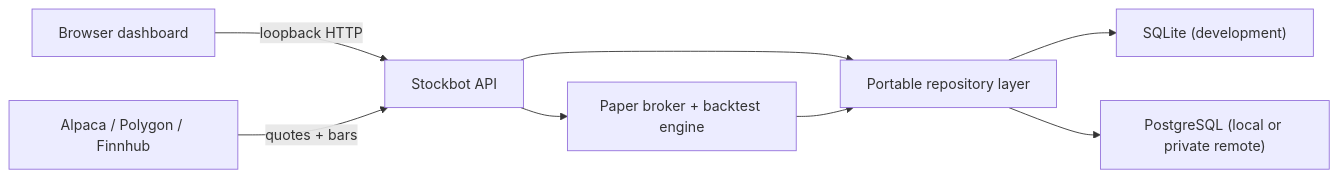
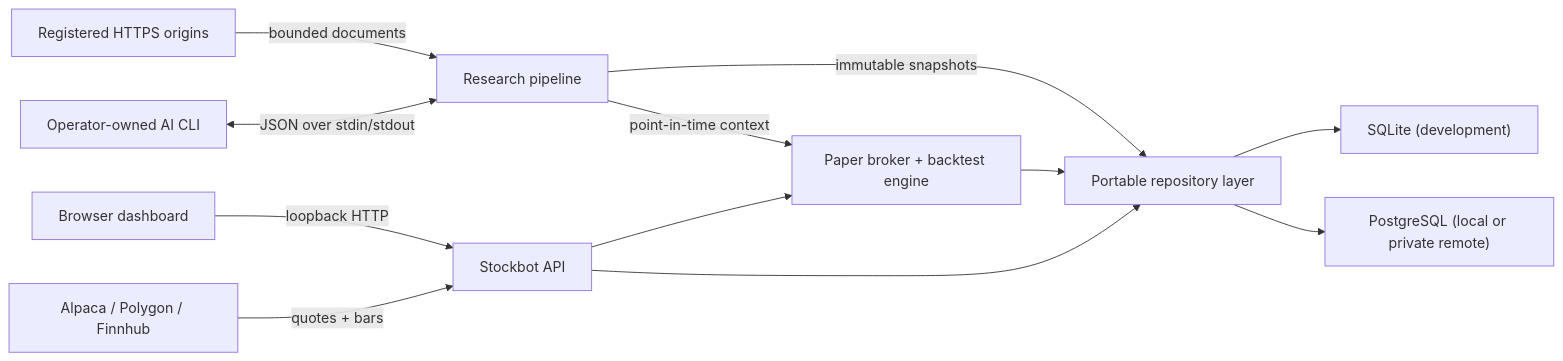
Before and after one commit to Dankcode/Stockbot: the diagram in README.md, drawn with Mermaid. The commit also changed other lines of this file and 56 other files, not shown here.

````diff
--- a/README.md
+++ b/README.md
@@ -148,10 +159,14 @@
 ```mermaid
 flowchart LR
   Browser["Browser dashboard"] -->|"loopback HTTP"| API["Stockbot API"]
   Providers["Alpaca / Polygon / Finnhub"] -->|"quotes + bars"| API
+  Sources["Registered HTTPS origins"] -->|"bounded documents"| Research["Research pipeline"]
+  AI["Operator-owned AI CLI"] <-->|"JSON over stdin/stdout"| Research
+  Research -->|"immutable snapshots"| Repo
+  Research -->|"point-in-time context"| Broker
   API --> Broker["Paper broker + backtest engine"]
   API --> Repo["Portable repository layer"]
   Repo --> SQLite["SQLite (development)"]
   Repo --> Postgres["PostgreSQL (local or private remote)"]
   Broker --> Repo
 ```
````
